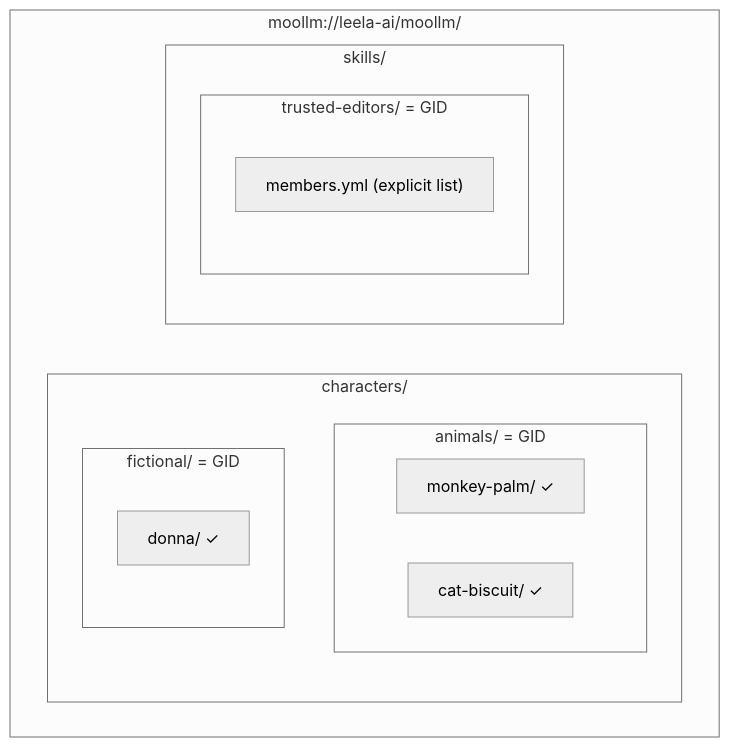
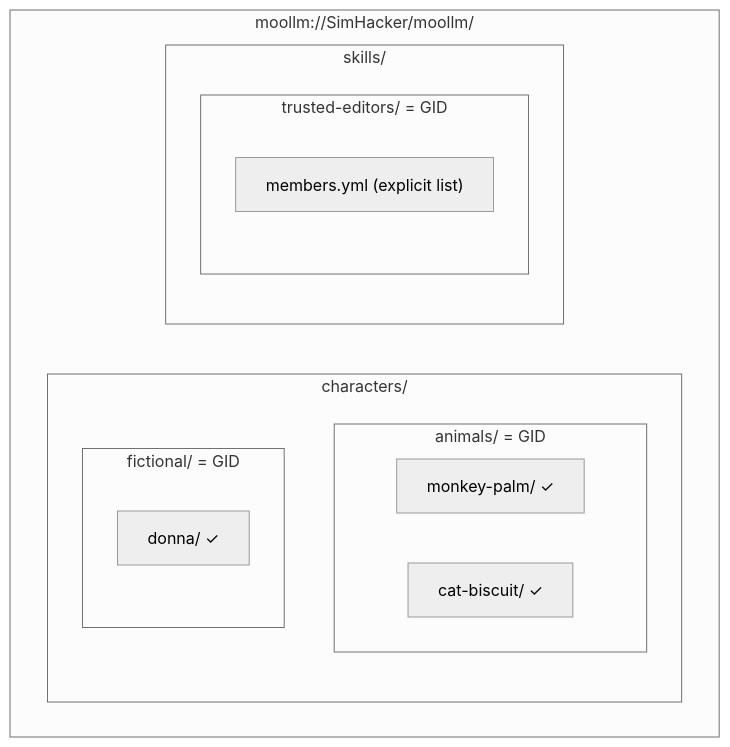
The third of 11 diagrams in designs/MOOLLM-PERMISSIONS-ARCHITECTURE.md (SimHacker/moollm), drawn with Mermaid (neutral theme) before and after one commit. The commit also changed other lines of this file and 14 other files, not shown here.

First line of the commit message:
Fix all repository URLs: leela-ai/moollm -> SimHacker/moollm

````diff
--- a/designs/MOOLLM-PERMISSIONS-ARCHITECTURE.md
+++ b/designs/MOOLLM-PERMISSIONS-ARCHITECTURE.md
@@ -557,19 +557,19 @@
 ```mermaid
 graph TD
-    subgraph repo ["moollm://leela-ai/moollm/"]
+    subgraph repo ["moollm://SimHacker/moollm/"]
         subgraph chars ["characters/"]
             subgraph animals_uri ["animals/ = GID"]
                 palm_uri["monkey-palm/ ✓"]
                 biscuit_uri["cat-biscuit/ ✓"]
             end
             subgraph fictional_uri ["fictional/ = GID"]
                 donna_uri["donna/ ✓"]
             end
         end
         subgraph skills_uri ["skills/"]
             subgraph trusted ["trusted-editors/ = GID"]
                 members["members.yml (explicit list)"]
             end
         end
     end
 ```
````
